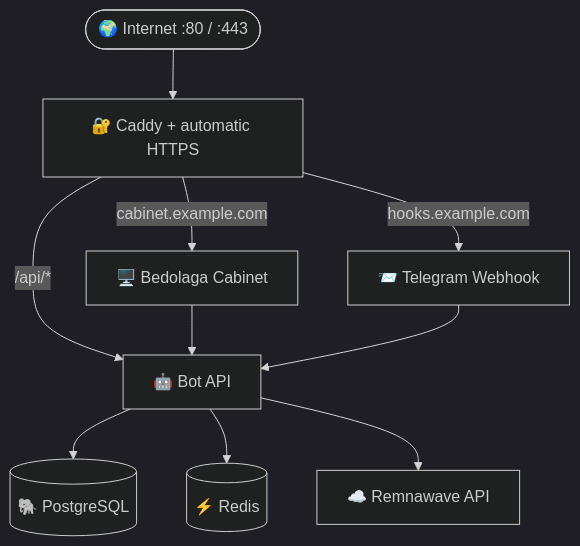
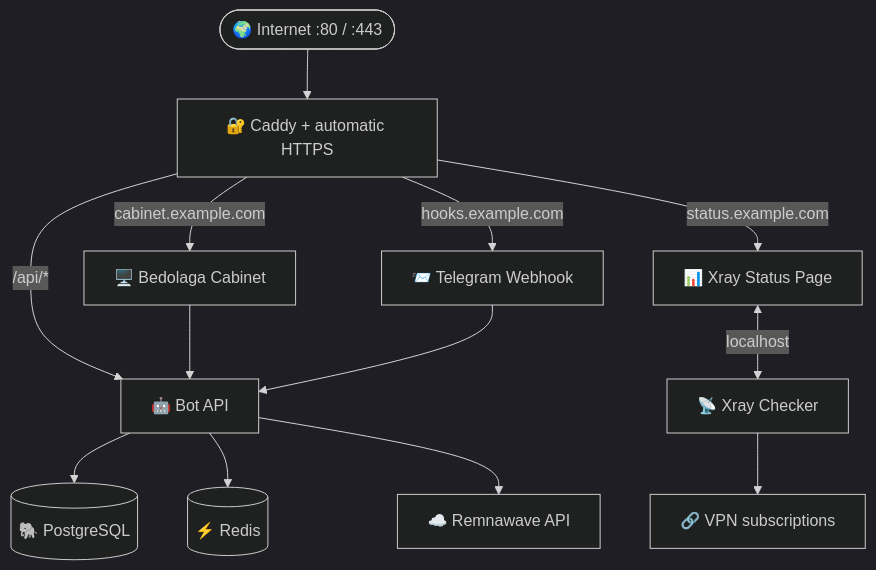
Before and after one commit to Reibik/Auto_Install-Bedolaga_Bot: the diagram in README.md, drawn with Mermaid (dark theme). The commit also changed other lines of this file and 19 other files, not shown here.

````diff
--- a/README.md
+++ b/README.md
@@ -147,12 +179,15 @@
 ```mermaid
 flowchart TD
     Internet([🌍 Internet :80 / :443]) --> Caddy[🔐 Caddy + automatic HTTPS]
     Caddy -->|cabinet.example.com| Cabinet[🖥️ Bedolaga Cabinet]
     Caddy -->|/api/*| BotAPI[🤖 Bot API]
     Caddy -->|hooks.example.com| Webhook[📨 Telegram Webhook]
     Cabinet --> BotAPI
     Webhook --> BotAPI
     BotAPI --> PostgreSQL[(🐘 PostgreSQL)]
     BotAPI --> Redis[(⚡ Redis)]
     BotAPI --> Remnawave[☁️ Remnawave API]
+    Caddy -->|status.example.com| StatusPage[📊 Xray Status Page]
+    StatusPage <-->|localhost| Checker[📡 Xray Checker]
+    Checker --> Subscriptions[🔗 VPN subscriptions]
 ```
````
